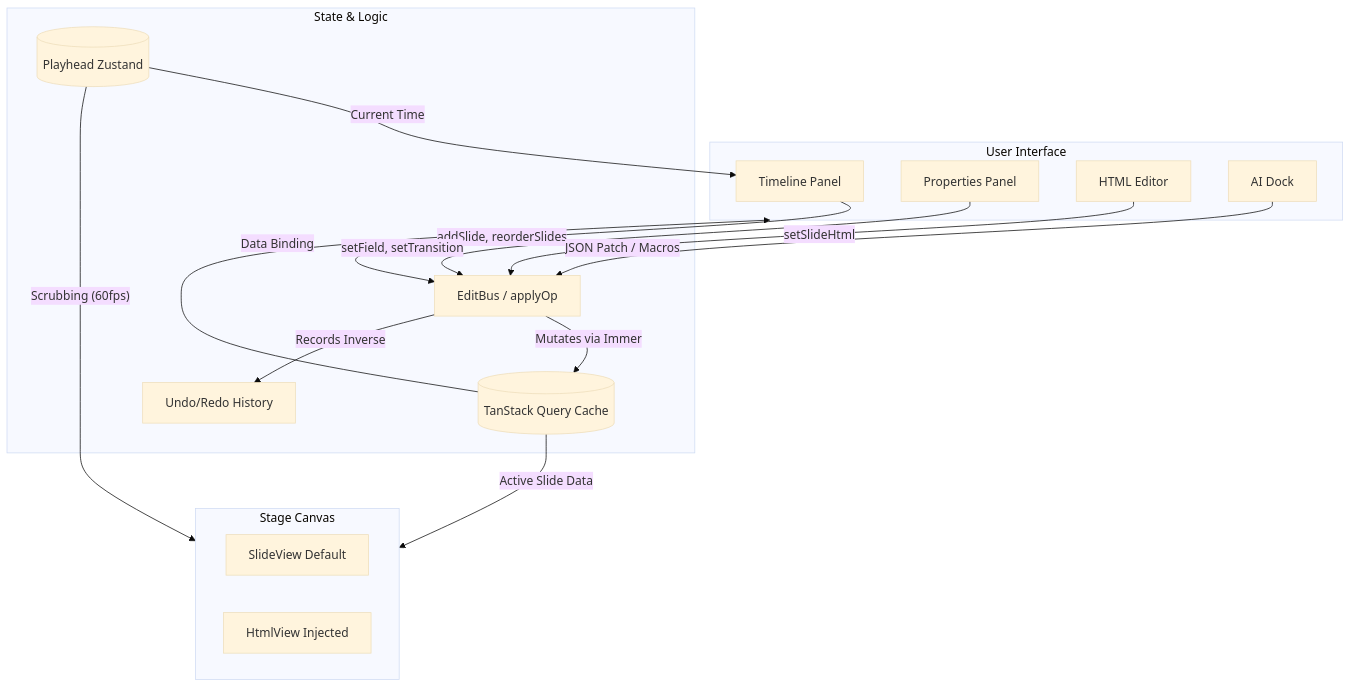
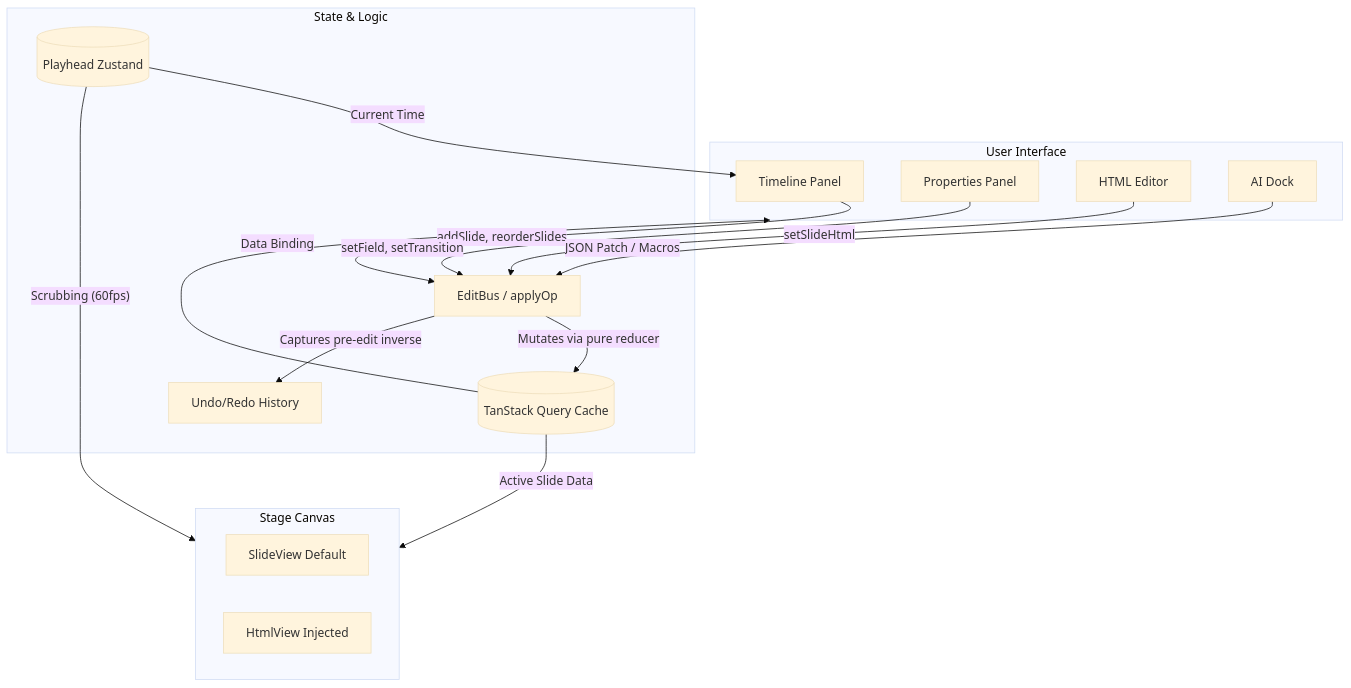
The diagram in docs/web/architecture.md (quanhua92/openvideokit), drawn with Mermaid (base theme) before and after one commit. The commit also changed other lines of this file and 3 other files, not shown here.

First line of the commit message:
docs(web): document undo/redo architecture, pre-edit inverse capture, and provider lift

````diff
--- a/docs/web/architecture.md
+++ b/docs/web/architecture.md
@@ -21,34 +21,34 @@
 ```mermaid
 graph TD
     subgraph UI [User Interface]
         TL[Timeline Panel]
         Prop[Properties Panel]
         HE[HTML Editor]
         AI[AI Dock]
     end
 
     subgraph Bus [State & Logic]
         EB[EditBus / applyOp]
         TQ[(TanStack Query Cache)]
         Hist[Undo/Redo History]
         Play[(Playhead Zustand)]
     end
 
     subgraph Preview [Stage Canvas]
         SV[SlideView Default]
         HV[HtmlView Injected]
     end
 
     TL -- "addSlide, reorderSlides" --> EB
     Prop -- "setField, setTransition" --> EB
     HE -- "setSlideHtml" --> EB
     AI -- "JSON Patch / Macros" --> EB
 
-    EB -- "Mutates via Immer" --> TQ
-    EB -- "Records Inverse" --> Hist
+    EB -- "Mutates via pure reducer" --> TQ
+    EB -- "Captures pre-edit inverse" --> Hist
 
     TQ -- "Data Binding" --> UI
     TQ -- "Active Slide Data" --> Preview
     Play -- "Scrubbing (60fps)" --> Preview
     Play -- "Current Time" --> TL
 ```
````
